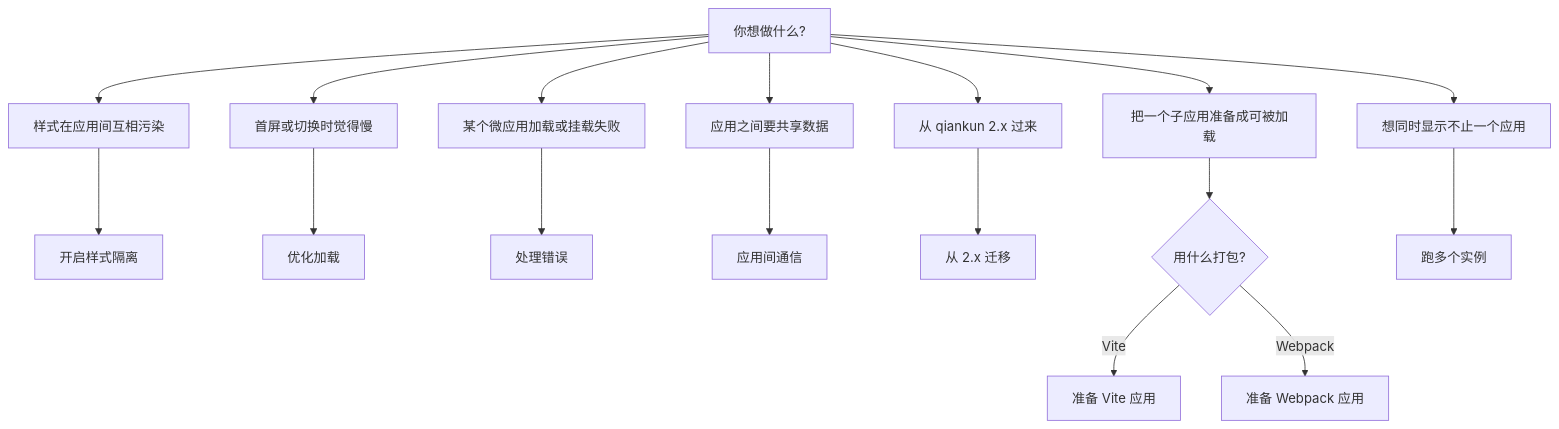
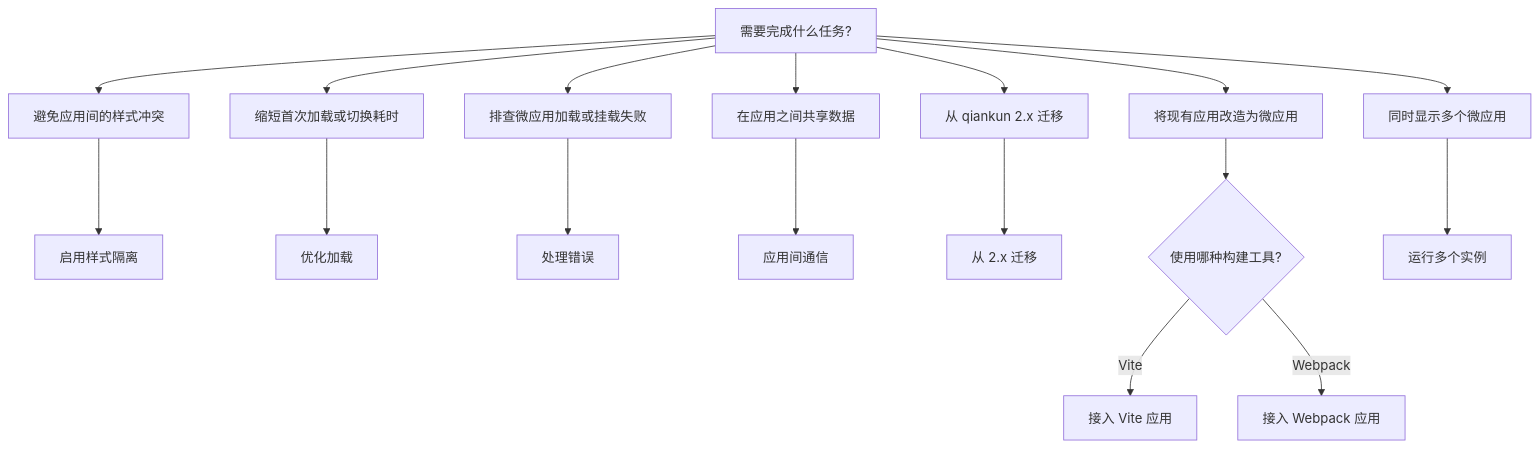
The diagram in docs/zh-CN/cookbook/index.md (umijs/qiankun), drawn with Mermaid before and after one commit. The commit also changed other lines of this file and 66 other files, not shown here.

````diff
--- a/docs/zh-CN/cookbook/index.md
+++ b/docs/zh-CN/cookbook/index.md
@@ -29,20 +29,20 @@
 ```mermaid
 flowchart TD
-  A[你想做什么?] --> B[样式在应用间互相污染]
-  A --> C[首屏或切换时觉得慢]
-  A --> D[某个微应用加载或挂载失败]
-  A --> E[应用之间要共享数据]
-  A --> F[从 qiankun 2.x 过来]
-  A --> G[把一个子应用准备成可被加载]
-  A --> H[想同时显示不止一个应用]
+  A[需要完成什么任务?] --> B[避免应用间的样式冲突]
+  A --> C[缩短首次加载或切换耗时]
+  A --> D[排查微应用加载或挂载失败]
+  A --> E[在应用之间共享数据]
+  A --> F[从 qiankun 2.x 迁移]
+  A --> G[将现有应用改造为微应用]
+  A --> H[同时显示多个微应用]
 
-  B --> B1[开启样式隔离]
+  B --> B1[启用样式隔离]
   C --> C1[优化加载]
   D --> D1[处理错误]
   E --> E1[应用间通信]
   F --> F1[从 2.x 迁移]
-  G --> G1{用什么打包?}
-  G1 -->|Vite| G2[准备 Vite 应用]
-  G1 -->|Webpack| G3[准备 Webpack 应用]
-  H --> H1[跑多个实例]
+  G --> G1{使用哪种构建工具?}
+  G1 -->|Vite| G2[接入 Vite 应用]
+  G1 -->|Webpack| G3[接入 Webpack 应用]
+  H --> H1[运行多个实例]
 ```
````
